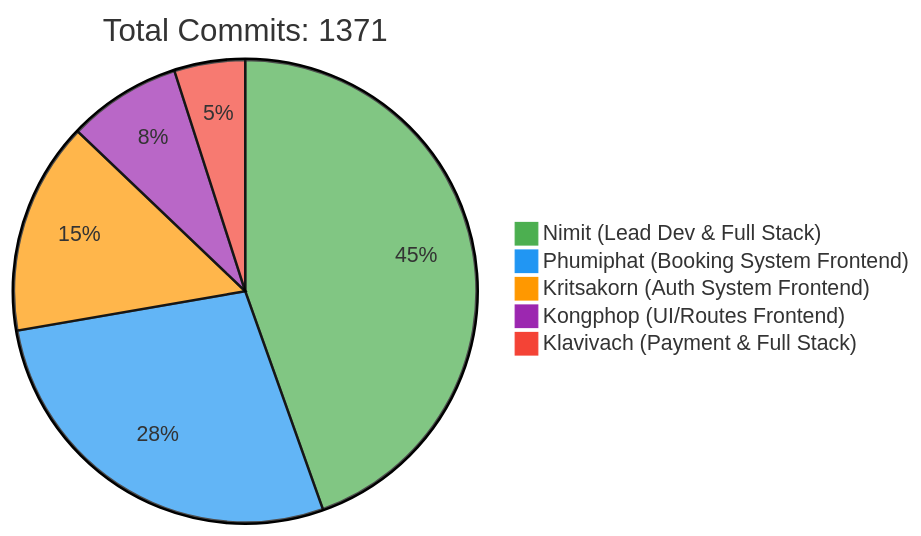
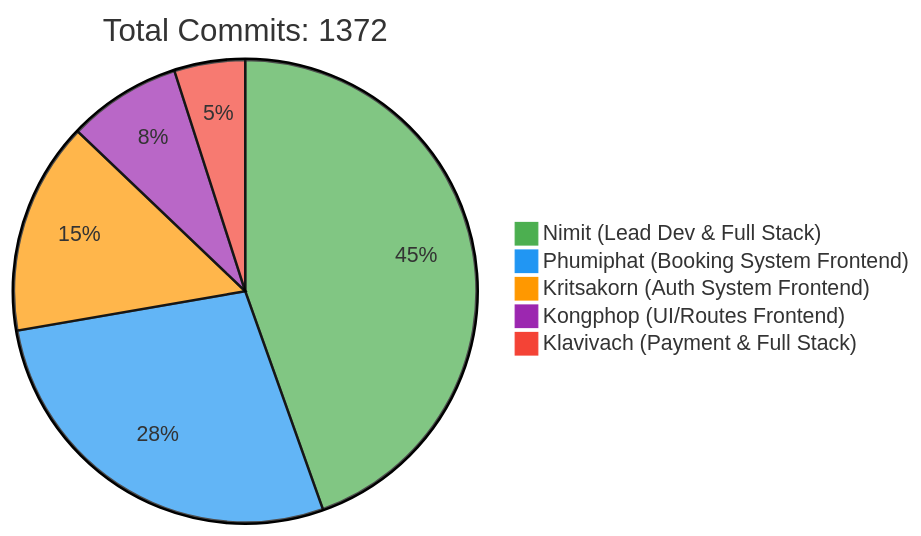
One commit to 6531503042/Sport-Complex changed the first of 2 diagrams in README.md. Above: the diagram before and after it, drawn with Mermaid. The commit also changed other lines of this file, not shown here.

Commit message:
docs: Update contributor statistics [skip ci]

````diff
--- a/README.md
+++ b/README.md
@@ -257,10 +257,10 @@
 ```mermaid
 %%{init: {'theme': 'base', 'themeVariables': { 'pie1': '#4CAF50', 'pie2': '#2196F3', 'pie3': '#FF9800', 'pie4': '#9C27B0', 'pie5': '#F44336'}}}%%
 pie
-    title Total Commits: 1371
+    title Total Commits: 1372
     "Nimit (Lead Dev & Full Stack)" : 450
     "Phumiphat (Booking System Frontend)" : 280
     "Kritsakorn (Auth System Frontend)" : 150
     "Kongphop (UI/Routes Frontend)" : 80
     "Klavivach (Payment & Full Stack)" : 50
 ```
````
